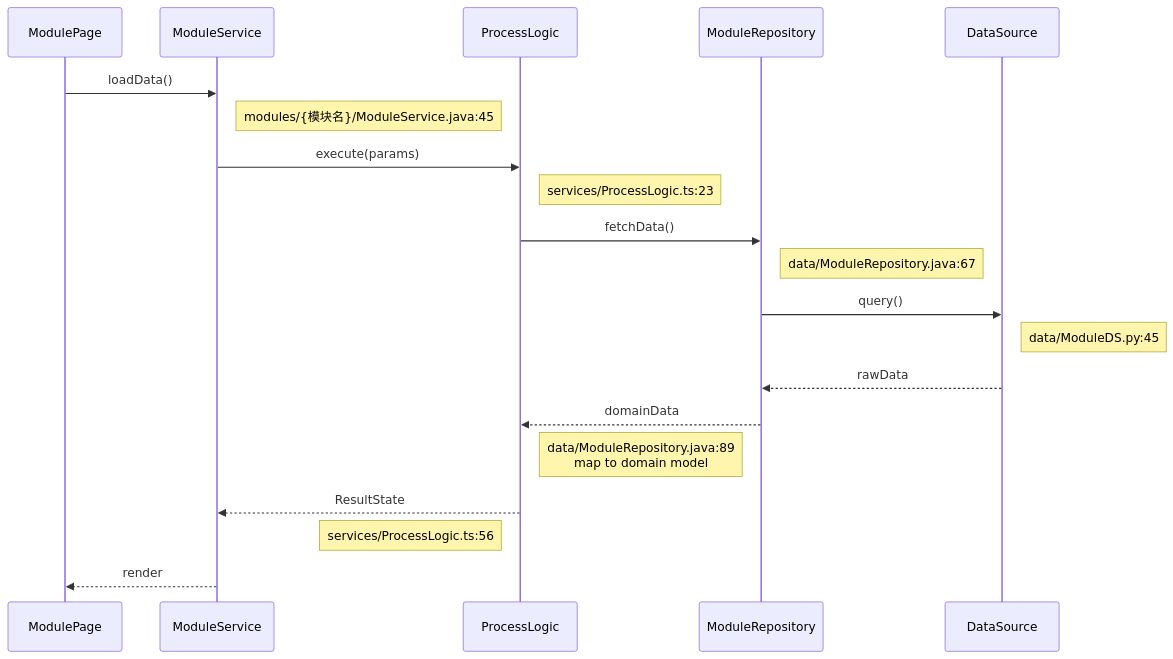
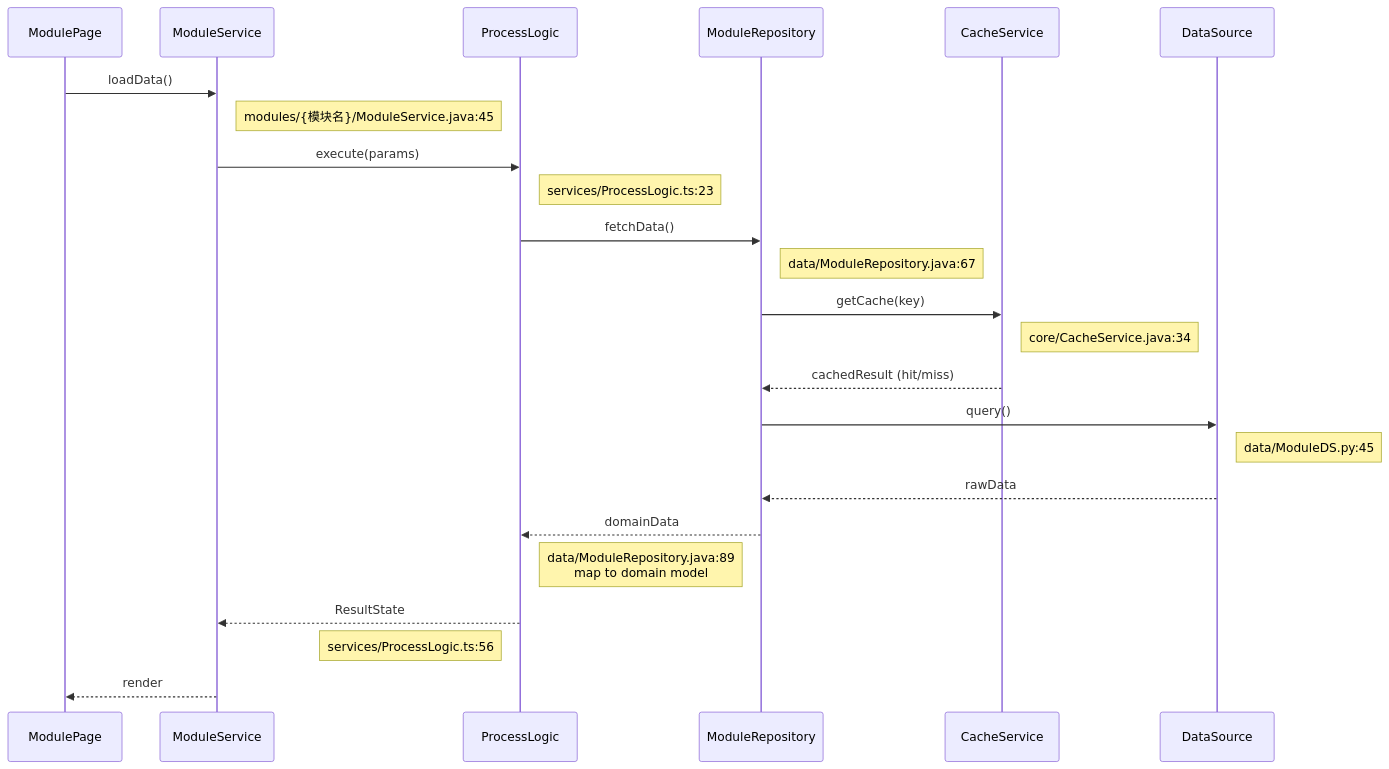
Before and after one commit to CaostGrace/project-arch-reverse: diagram 12 of 13 in references/template.md, drawn with Mermaid. The commit also changed other lines of this file and 5 other files, not shown here.

First line of the commit message:
feat: 强制所有核心功能/能力必须有独立详细时序图(≥6步≥4参与者)

````diff
--- a/references/template.md
+++ b/references/template.md
@@ -665,23 +689,27 @@
 ```mermaid
 sequenceDiagram
     participant UI as ModulePage
     participant Logic as ModuleService
     participant UC as ProcessLogic
     participant Repo as ModuleRepository
+    participant Cache as CacheService
     participant DS as DataSource
 
     UI->>Logic: loadData()
     Note right of Logic:  modules/{模块名}/ModuleService.java:45
     Logic->>UC: execute(params)
     Note right of UC:  services/ProcessLogic.ts:23
     UC->>Repo: fetchData()
     Note right of Repo:  data/ModuleRepository.java:67
+    Repo->>Cache: getCache(key)
+    Note right of Cache:  core/CacheService.java:34
+    Cache-->>Repo: cachedResult (hit/miss)
     Repo->>DS: query()
     Note right of DS:  data/ModuleDS.py:45
     DS-->>Repo: rawData
     Repo-->>UC: domainData
     Note left of Repo:  data/ModuleRepository.java:89<br>map to domain model
     UC-->>Logic: ResultState
     Note left of UC:  services/ProcessLogic.ts:56
     Logic-->>UI: render
 ```
````
